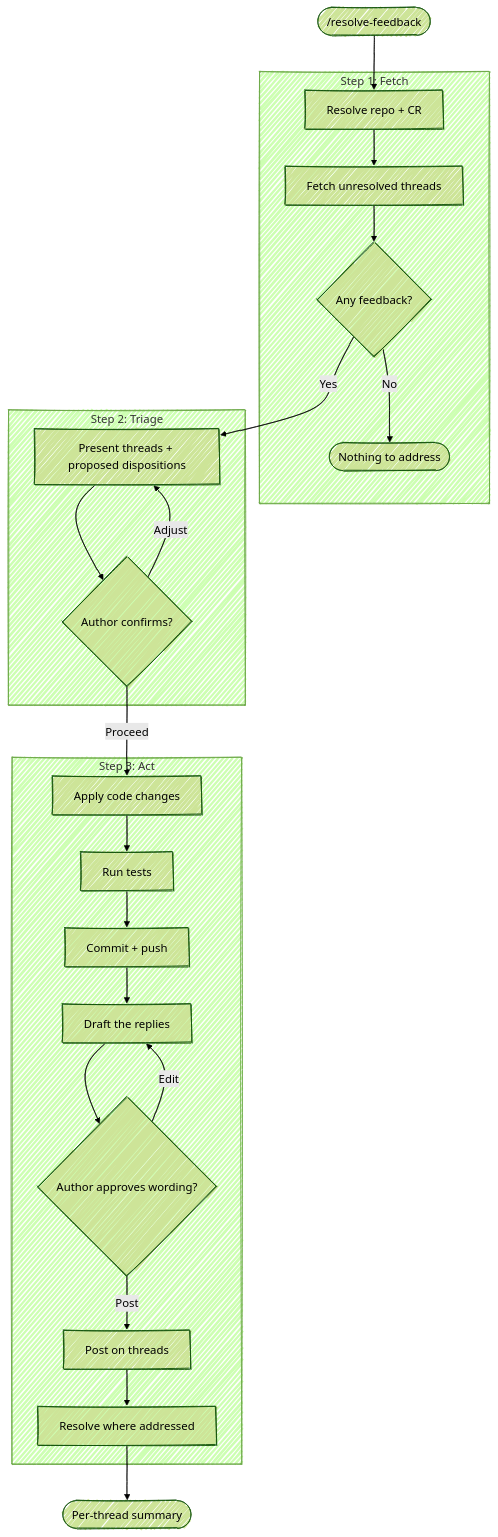
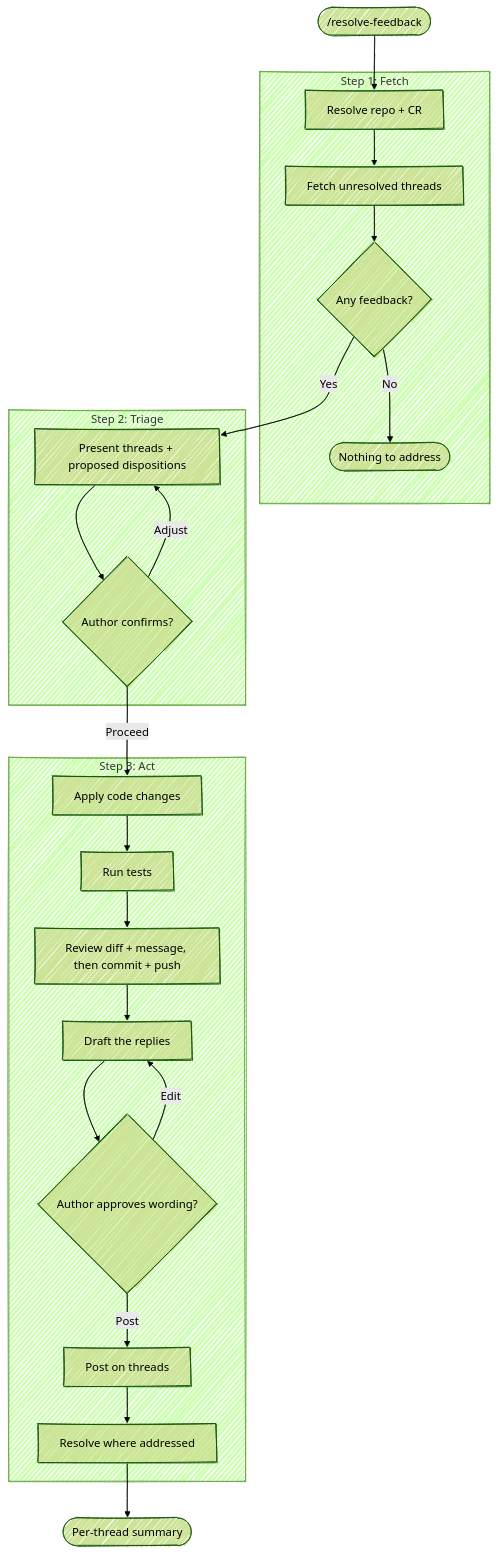
Before and after one commit to chris-peterson/anchor: the diagram in skills/resolve-feedback/SKILL.md, drawn with Mermaid (forest theme). The commit also changed other lines of this file and 9 other files, not shown here.

````diff
--- a/skills/resolve-feedback/SKILL.md
+++ b/skills/resolve-feedback/SKILL.md
@@ -21,29 +21,29 @@
 ```mermaid
 %%{ init: { 'look': 'handDrawn' } }%%
 flowchart TD
     Start(["/resolve-feedback"]) --> Repo["Resolve repo + CR"]
 
     subgraph "Step 1: Fetch"
         Repo --> Fetch["Fetch unresolved threads"]
         Fetch --> Any{Any feedback?}
         Any -->|No| Stop([Nothing to address])
     end
 
     subgraph "Step 2: Triage"
         Any -->|Yes| Present["Present threads + proposed dispositions"]
         Present --> Confirm{Author confirms?}
         Confirm -->|Adjust| Present
     end
 
     subgraph "Step 3: Act"
         Confirm -->|Proceed| Fix["Apply code changes"]
-        Fix --> Tests["Run tests"] --> Commit["Commit + push"]
+        Fix --> Tests["Run tests"] --> Commit["Review diff + message, then commit + push"]
         Commit --> Draft["Draft the replies"]
         Draft --> Approve{Author approves wording?}
         Approve -->|Edit| Draft
         Approve -->|Post| Reply["Post on threads"]
         Reply --> Resolve["Resolve where addressed"]
     end
 
     Resolve --> Summary([Per-thread summary])
 ```
````
